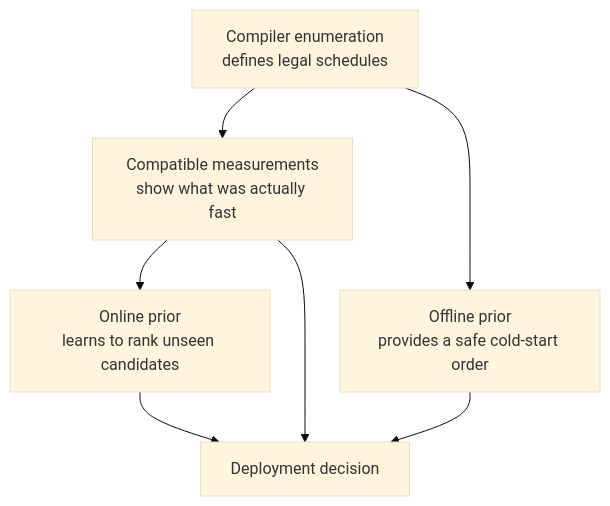
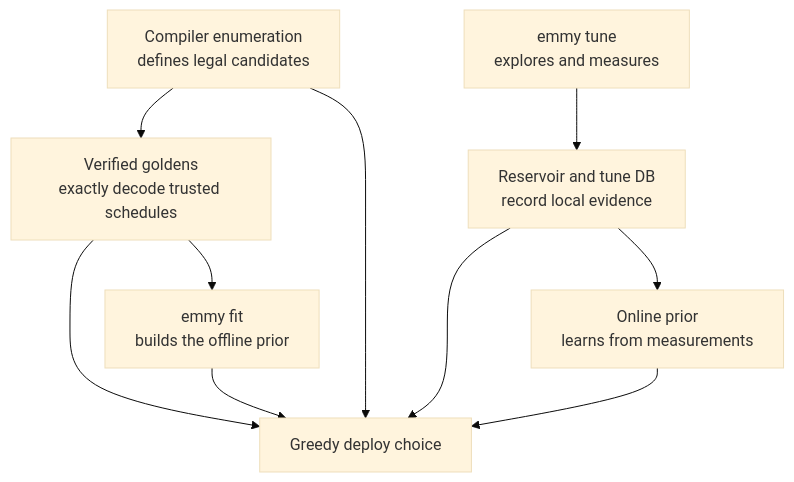
The third of 3 diagrams in docs/docs/course/prior_and_goldens.mdx (cloudrift-ai/emmy), drawn with Mermaid (base theme) before and after one commit. The commit also changed other lines of this file and 5 other files, not shown here.

````diff
--- a/docs/docs/course/prior_and_goldens.mdx
+++ b/docs/docs/course/prior_and_goldens.mdx
@@ -837,9 +567,12 @@
 ```mermaid
 flowchart TB
-    Enum[Compiler enumeration<br/>defines legal schedules] --> Evidence[Compatible measurements<br/>show what was actually fast]
-    Evidence --> Online[Online prior<br/>learns to rank unseen candidates]
-    Online --> Decision[Deployment decision]
-    Enum --> Offline[Offline prior<br/>provides a safe cold-start order]
-    Offline --> Decision
-    Evidence --> Decision
+    Enum[Compiler enumeration<br/>defines legal candidates] --> Verified[Verified goldens<br/>exactly decode trusted schedules]
+    Tune[emmy tune<br/>explores and measures] --> Local[Reservoir and tune DB<br/>record local evidence]
+    Verified --> Deploy[Greedy deploy choice]
+    Local --> Deploy
+    Verified --> Fit[emmy fit<br/>builds the offline prior]
+    Local --> Online[Online prior<br/>learns from measurements]
+    Fit --> Deploy
+    Online --> Deploy
+    Enum --> Deploy
 ```
````
